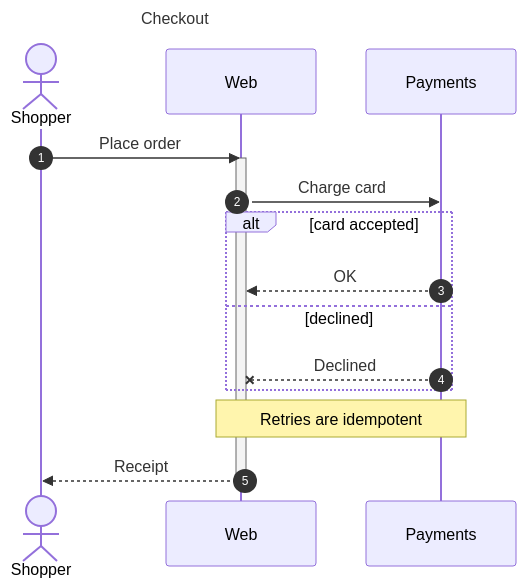
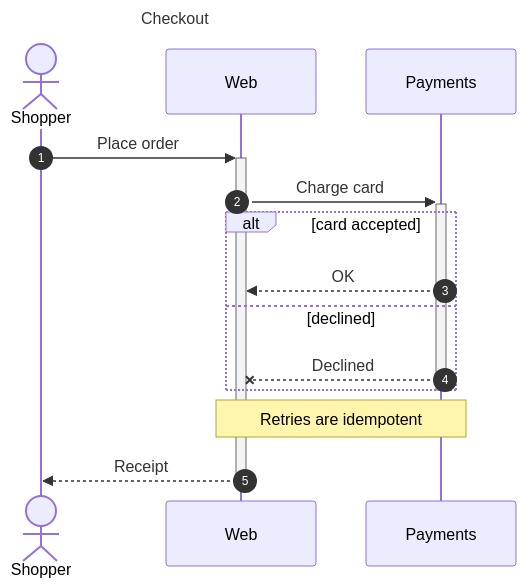
The sixth of 13 diagrams in src/content/docs/mermaid.md (elixpo/sketch.elixpo), drawn with Mermaid before and after one commit. The commit also changed other lines of this file and 1 other file, not shown here.

First line of the commit message:
docs(mermaid): Excalidraw-parity support matrix, per-type syntax and examples

````diff
--- a/src/content/docs/mermaid.md
+++ b/src/content/docs/mermaid.md
@@ -155,19 +198,18 @@
 ```mermaid
 sequenceDiagram
-  title: Checkout
+  title Checkout
   autonumber
   actor U as Shopper
   participant W as Web
   participant P as Payments
-  U->>W: Place order
-  activate W
-  W->>P: Charge card
+  U->>+W: Place order
+  W->>+P: Charge card
   alt card accepted
     P-->>W: OK
   else declined
     P--xW: Declined
   end
+  deactivate P
   Note over W,P: Retries are idempotent
-  W-->>U: Receipt
-  deactivate W
+  W-->>-U: Receipt
 ```
````
